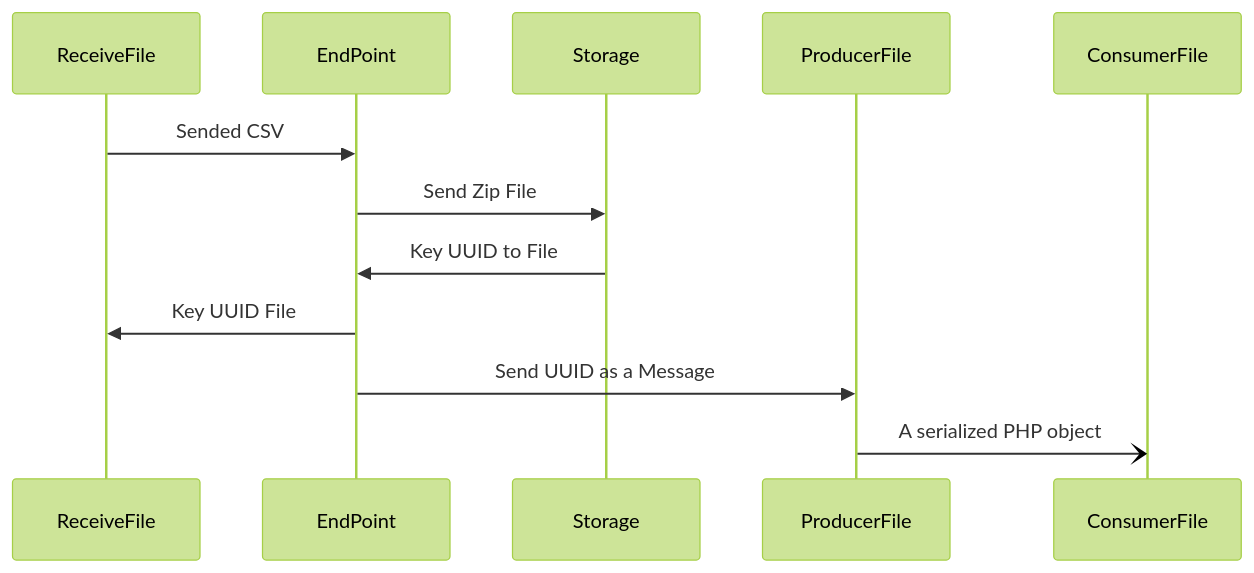
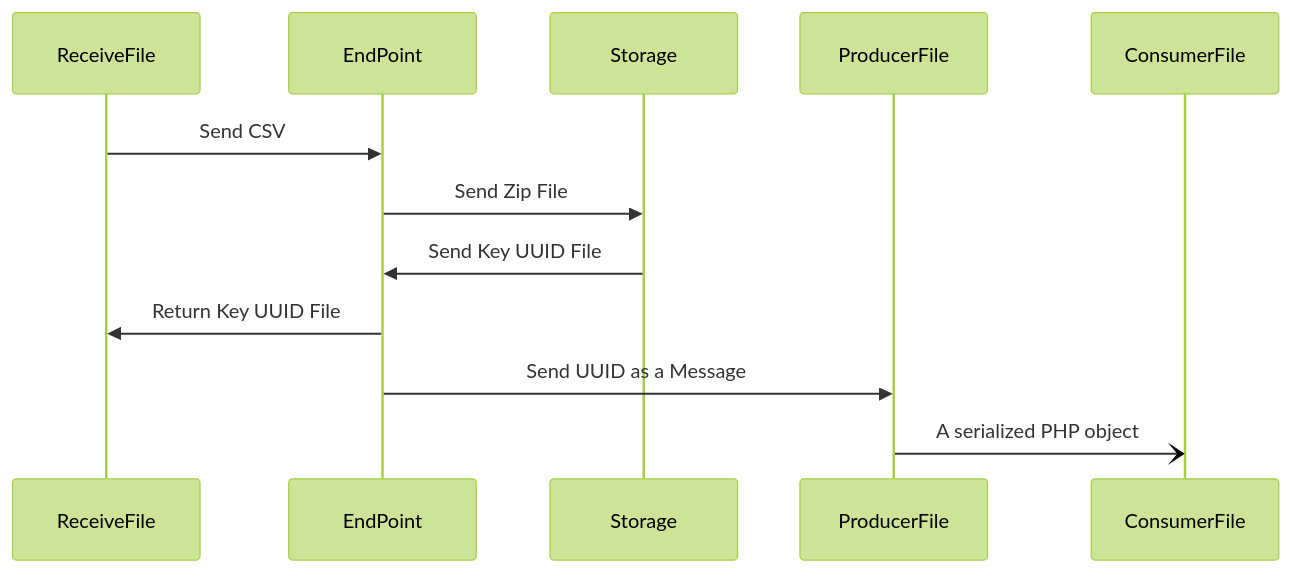
The diagram in README.md (fatorx/app-billing), drawn with Mermaid (forest theme) before and after one commit. The commit also changed other lines of this file, not shown here.

Commit message:
wip: updated readme - sequence - texts

`````diff
--- a/README.md
+++ b/README.md
@@ -23,9 +19,9 @@
 ```mermaid
     sequenceDiagram
-    ReceiveFile ->> EndPoint: Sended CSV
+    ReceiveFile ->> EndPoint: Send CSV
     EndPoint ->> Storage: Send Zip File
-    Storage ->> EndPoint: Key UUID to File
-    EndPoint ->> ReceiveFile: Key UUID File
+    Storage ->> EndPoint: Send Key UUID File
+    EndPoint ->> ReceiveFile: Return Key UUID File
     EndPoint ->> ProducerFile: Send UUID as a Message
     ProducerFile -) ConsumerFile: A serialized PHP object
 ````
`````
